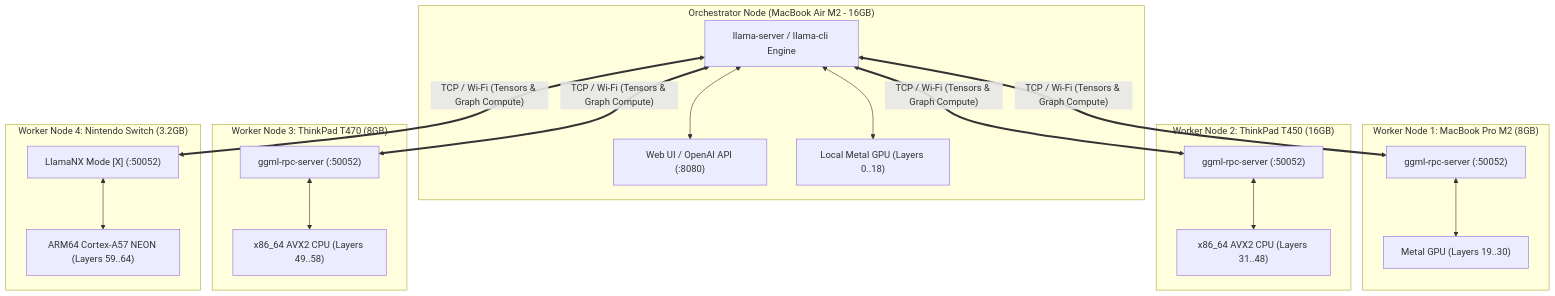
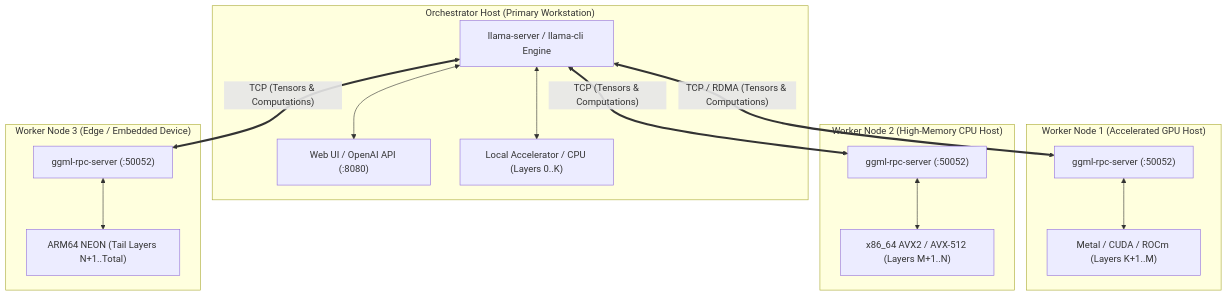
One commit to r0bledas/Offline-AI-Cluster changed the diagram in docs/DISTRIBUTED_TENSOR_SPLITTING.md. Above: the diagram before and after it, drawn with Mermaid. The commit also changed other lines of this file and 5 other files, not shown here.

````diff
--- a/docs/DISTRIBUTED_TENSOR_SPLITTING.md
+++ b/docs/DISTRIBUTED_TENSOR_SPLITTING.md
@@ -11,39 +10,32 @@
 ```mermaid
 flowchart TD
-    subgraph Orchestrator["Orchestrator Node (MacBook Air M2 - 16GB)"]
+    subgraph HostMain["Orchestrator Host (Primary Workstation)"]
         UI["Web UI / OpenAI API (:8080)"]
         LlamaCli["llama-server / llama-cli Engine"]
-        MetalDev["Local Metal GPU (Layers 0..18)"]
+        LocalDev["Local Accelerator / CPU (Layers 0..K)"]
         LlamaCli <--> UI
-        LlamaCli <--> MetalDev
+        LlamaCli <--> LocalDev
     end
 
-    subgraph Node1["Worker Node 1: MacBook Pro M2 (8GB)"]
-        RPC1["ggml-rpc-server (:50052)"]
-        MetalDev1["Metal GPU (Layers 19..30)"]
-        RPC1 <--> MetalDev1
+    subgraph NodeA["Worker Node 1 (Accelerated GPU Host)"]
+        RPCA["ggml-rpc-server (:50052)"]
+        DevA["Metal / CUDA / ROCm (Layers K+1..M)"]
+        RPCA <--> DevA
     end
 
-    subgraph Node2["Worker Node 2: ThinkPad T450 (16GB)"]
-        RPC2["ggml-rpc-server (:50052)"]
-        CPU2["x86_64 AVX2 CPU (Layers 31..48)"]
-        RPC2 <--> CPU2
+    subgraph NodeB["Worker Node 2 (High-Memory CPU Host)"]
+        RPCB["ggml-rpc-server (:50052)"]
+        DevB["x86_64 AVX2 / AVX-512 (Layers M+1..N)"]
+        RPCB <--> DevB
     end
 
-    subgraph Node3["Worker Node 3: ThinkPad T470 (8GB)"]
-        RPC3["ggml-rpc-server (:50052)"]
-        CPU3["x86_64 AVX2 CPU (Layers 49..58)"]
-        RPC3 <--> CPU3
+    subgraph NodeC["Worker Node 3 (Edge / Embedded Device)"]
+        RPCC["ggml-rpc-server (:50052)"]
+        DevC["ARM64 NEON (Tail Layers N+1..Total)"]
+        RPCC <--> DevC
     end
 
-    subgraph Node4["Worker Node 4: Nintendo Switch (3.2GB)"]
-        RPC4["LlamaNX Mode [X] (:50052)"]
-        CPU4["ARM64 Cortex-A57 NEON (Layers 59..64)"]
-        RPC4 <--> CPU4
-    end
-
-    LlamaCli <== "TCP / Wi-Fi (Tensors & Graph Compute)" ==> RPC1
-    LlamaCli <== "TCP / Wi-Fi (Tensors & Graph Compute)" ==> RPC2
-    LlamaCli <== "TCP / Wi-Fi (Tensors & Graph Compute)" ==> RPC3
-    LlamaCli <== "TCP / Wi-Fi (Tensors & Graph Compute)" ==> RPC4
+    LlamaCli <== "TCP / RDMA (Tensors & Computations)" ==> RPCA
+    LlamaCli <== "TCP (Tensors & Computations)" ==> RPCB
+    LlamaCli <== "TCP (Tensors & Computations)" ==> RPCC
 ```
````
